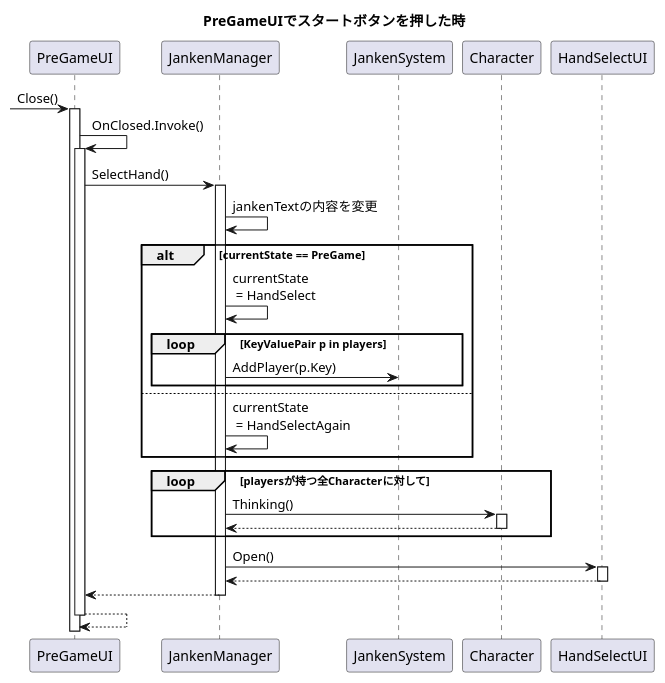
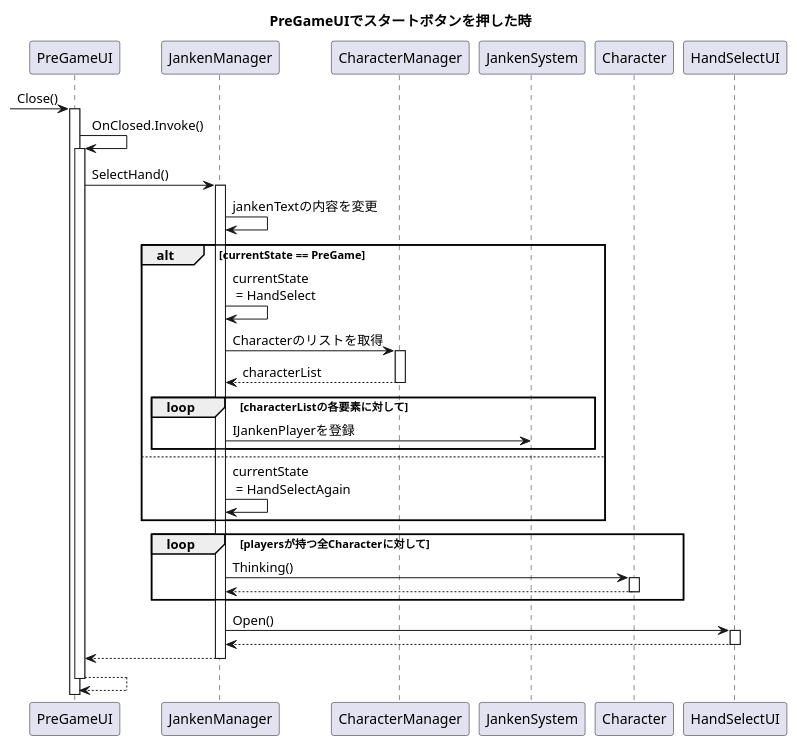
One commit to doragonn777/Minigames changed the sixth of 11 diagrams in UML/Sequence/GameSequence.wsd. Above: the diagram before and after it, drawn with PlantUML. The commit also changed other lines of this file and 1 other file, not shown here.

```diff
--- a/UML/Sequence/GameSequence.wsd
+++ b/UML/Sequence/GameSequence.wsd
@@ -122,36 +122,41 @@
 @startuml
 title PreGameUIでスタートボタンを押した時
 autoactivate on
 
 -> PreGameUI : Close()
 
 PreGameUI -> PreGameUI : OnClosed.Invoke()
 
 PreGameUI -> JankenManager : SelectHand()
 
 autoactivate off
 
 JankenManager -> JankenManager : jankenTextの内容を変更
 
 alt currentState == PreGame
 JankenManager -> JankenManager : currentState\n = HandSelect
 
-loop KeyValuePair p in players
-JankenManager -> JankenSystem : AddPlayer(p.Key)
+JankenManager -> CharacterManager : Characterのリストを取得
+activate CharacterManager
+CharacterManager --> JankenManager : characterList
+deactivate CharacterManager
+
+loop characterListの各要素に対して
+JankenManager -> JankenSystem : IJankenPlayerを登録
 end
 
 else
 JankenManager -> JankenManager : currentState\n = HandSelectAgain
 end
 autoactivate on
 
 loop playersが持つ全Characterに対して
 JankenManager -> Character : Thinking()
 return
 end
 
 JankenManager -> HandSelectUI : Open()
 return
 return
 return
 @enduml
```
